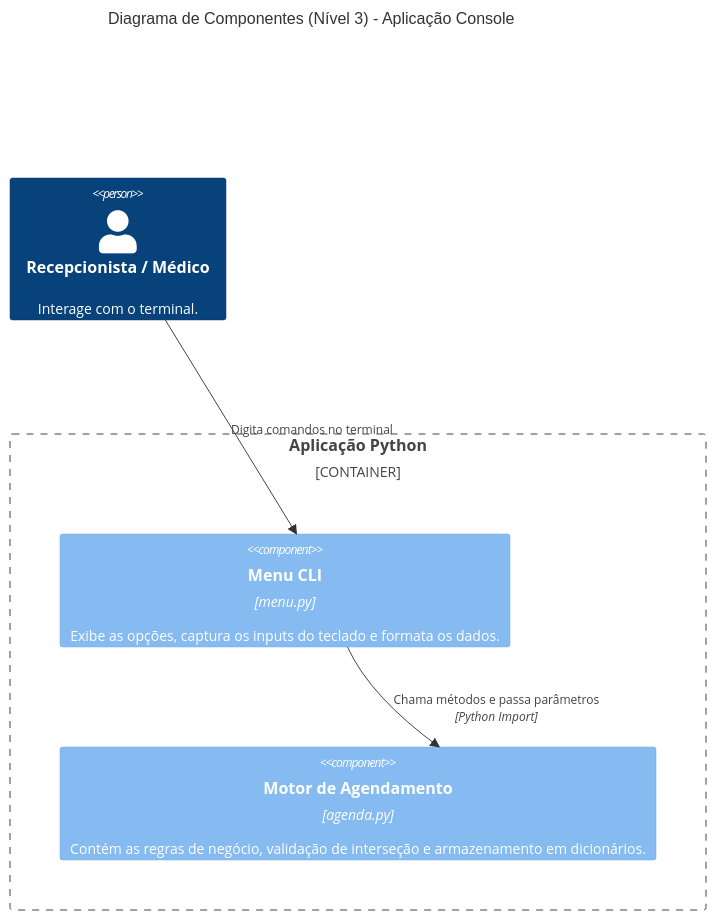
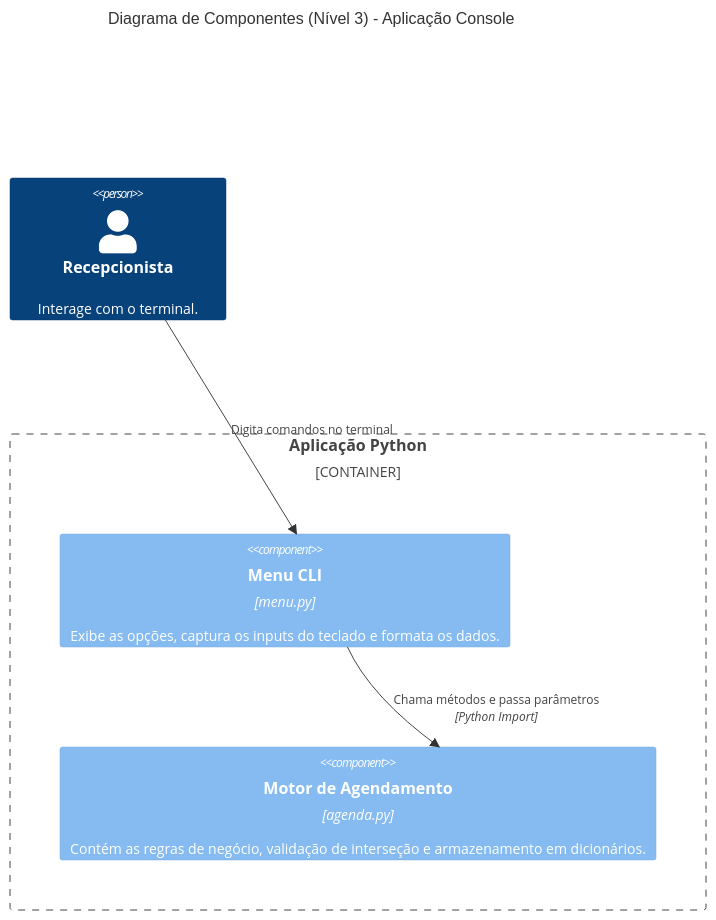
The second of 2 diagrams in README.md (AKL77/PRD-M-dulo-de-Agendamento-Inteligente-MVP-), drawn with Mermaid before and after one commit. The commit also changed other lines of this file, not shown here.

Commit message:
mermaid mais adequado

````diff
--- a/README.md
+++ b/README.md
@@ -11,14 +11,14 @@
 ```mermaid
 C4Component
     title Diagrama de Componentes (Nível 3) - Aplicação Console
     
-    Person(usuario, "Recepcionista / Médico", "Interage com o terminal.")
+    Person(usuario, "Recepcionista", "Interage com o terminal.")
     
     Container_Boundary(app, "Aplicação Python") {
         Component(menu, "Menu CLI", "menu.py", "Exibe as opções, captura os inputs do teclado e formata os dados.")
         Component(agenda, "Motor de Agendamento", "agenda.py", "Contém as regras de negócio, validação de interseção e armazenamento em dicionários.")
     }
 
     Rel(usuario, menu, "Digita comandos no terminal")
     Rel(menu, agenda, "Chama métodos e passa parâmetros", "Python Import")
 ```
````
